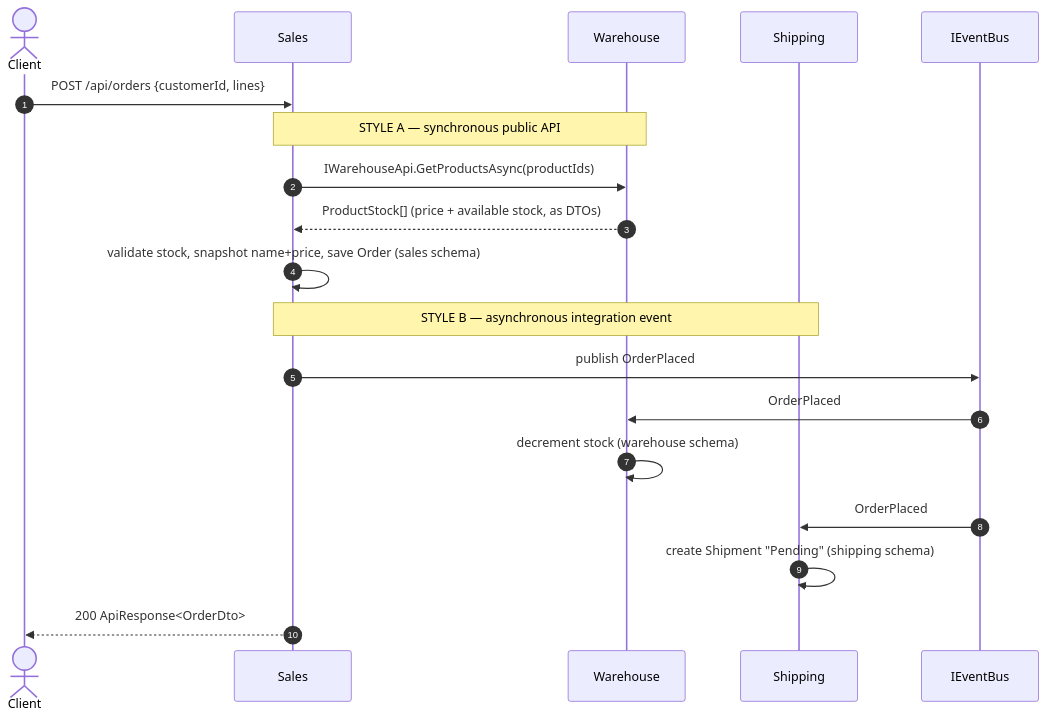
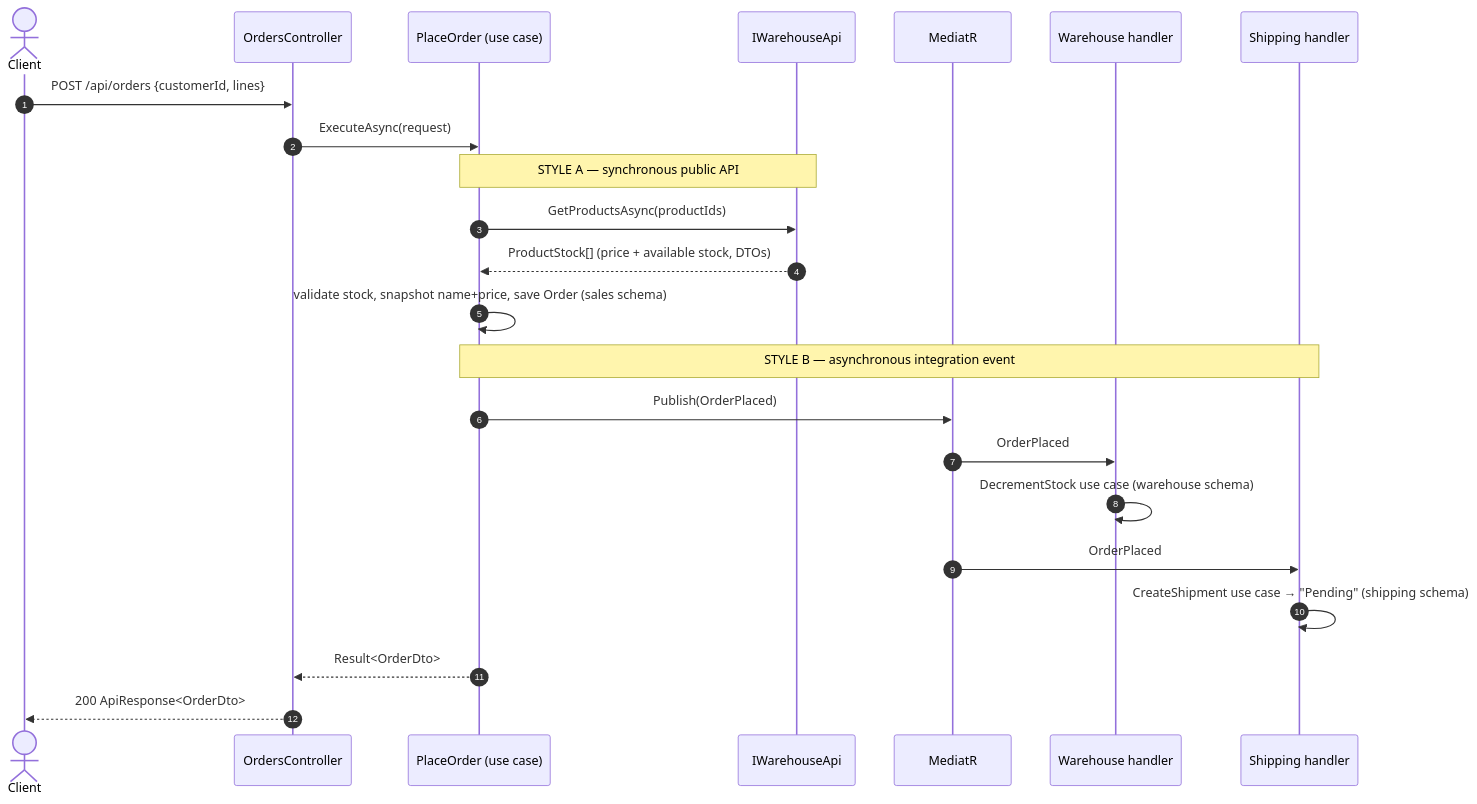
Before and after one commit to TNEXFF/ModularShop: the second of 2 diagrams in docs/architecture.md, drawn with Mermaid. The commit also changed other lines of this file and 3 other files, not shown here.

First line of the commit message:
Docs: reflect the new architecture

````diff
--- a/docs/architecture.md
+++ b/docs/architecture.md
@@ -214,22 +259,26 @@
 ```mermaid
 sequenceDiagram
     autonumber
     actor U as Client
-    participant S as Sales
-    participant W as Warehouse
-    participant Sh as Shipping
-    participant Bus as IEventBus
+    participant C as OrdersController
+    participant P as PlaceOrder (use case)
+    participant W as IWarehouseApi
+    participant Bus as MediatR
+    participant WH as Warehouse handler
+    participant SH as Shipping handler
 
-    U->>S: POST /api/orders {customerId, lines}
-    Note over S,W: STYLE A — synchronous public API
-    S->>W: IWarehouseApi.GetProductsAsync(productIds)
-    W-->>S: ProductStock[] (price + available stock, as DTOs)
-    S->>S: validate stock, snapshot name+price, save Order (sales schema)
-    Note over S,Sh: STYLE B — asynchronous integration event
-    S->>Bus: publish OrderPlaced
-    Bus->>W: OrderPlaced
-    W->>W: decrement stock (warehouse schema)
-    Bus->>Sh: OrderPlaced
-    Sh->>Sh: create Shipment "Pending" (shipping schema)
-    S-->>U: 200 ApiResponse<OrderDto>
+    U->>C: POST /api/orders {customerId, lines}
+    C->>P: ExecuteAsync(request)
+    Note over P,W: STYLE A — synchronous public API
+    P->>W: GetProductsAsync(productIds)
+    W-->>P: ProductStock[] (price + available stock, DTOs)
+    P->>P: validate stock, snapshot name+price, save Order (sales schema)
+    Note over P,SH: STYLE B — asynchronous integration event
+    P->>Bus: Publish(OrderPlaced)
+    Bus->>WH: OrderPlaced
+    WH->>WH: DecrementStock use case (warehouse schema)
+    Bus->>SH: OrderPlaced
+    SH->>SH: CreateShipment use case → "Pending" (shipping schema)
+    P-->>C: Result<OrderDto>
+    C-->>U: 200 ApiResponse<OrderDto>
 ```
````
